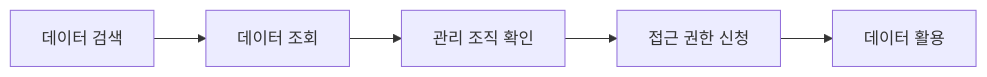
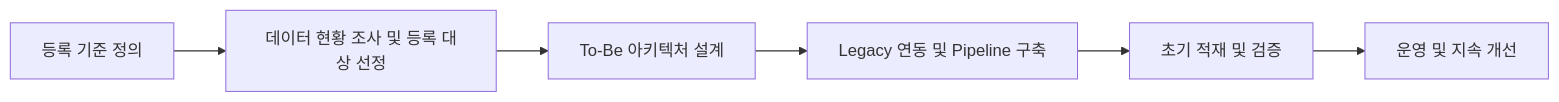
Before and after one commit to jin-kearney/ai-ready-data-manual: the first of 4 diagrams in 가이드 작성/A-1 데이터 카탈로그/A-1 데이터 카탈로그.md, drawn with Mermaid. The commit also changed other lines of this file, not shown here.

Commit message:
Update A-1 데이터 카탈로그.md

````diff
--- a/가이드 작성/A-1 데이터 카탈로그/A-1 데이터 카탈로그.md
+++ b/가이드 작성/A-1 데이터 카탈로그/A-1 데이터 카탈로그.md
@@ -464,15 +477,10 @@
 ```mermaid
 flowchart LR
 
-A[데이터 검색]
--->B[데이터 조회]
-
-B
--->C[관리 조직 확인]
-
-C
--->D[접근 권한 신청]
-
-D
--->E[데이터 활용]
+A[등록 기준 정의]
+-->B[데이터 현황 조사 및 등록 대상 선정]
+-->C[To-Be 아키텍처 설계]
+-->D[Legacy 연동 및 Pipeline 구축]
+-->E[초기 적재 및 검증]
+-->F[운영 및 지속 개선]
 ```
````
